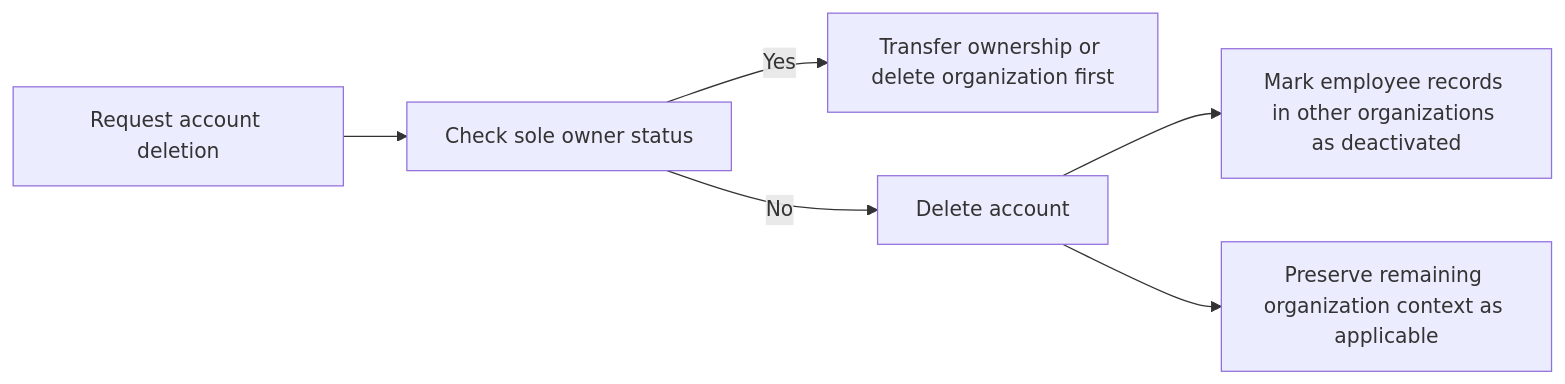
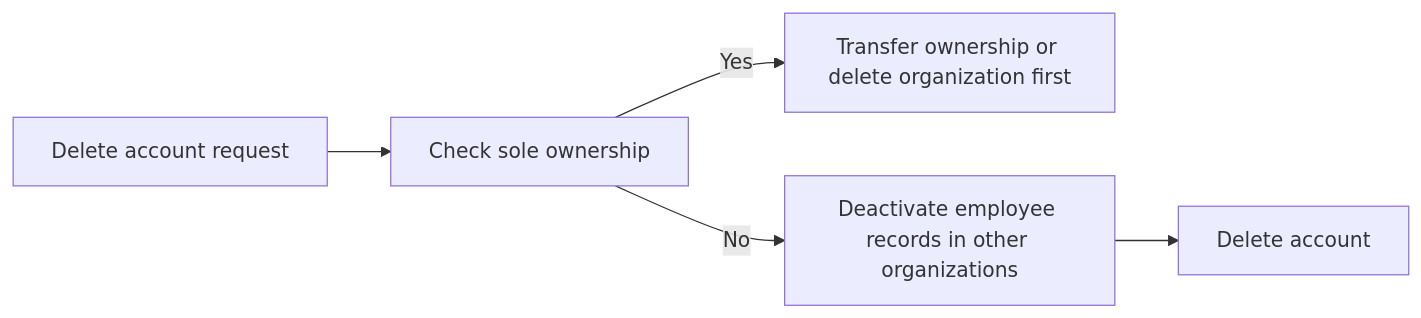
Before and after one commit to wrtnlabs/autobe-examples: the eighth of 9 diagrams in openai/gpt-5.4-mini/erp/docs/analysis/01-actors-and-auth.md, drawn with Mermaid. The commit also changed other lines of this file and 9017 other files, not shown here.

````diff
--- a/openai/gpt-5.4-mini/erp/docs/analysis/01-actors-and-auth.md
+++ b/openai/gpt-5.4-mini/erp/docs/analysis/01-actors-and-auth.md
@@ -255,8 +286,7 @@
 ```mermaid
 flowchart LR
-    A["Request account deletion"] --> B["Check sole owner status"]
+    A["Delete account request"] --> B["Check sole ownership"]
     B -->|"Yes"| C["Transfer ownership or delete organization first"]
-    B -->|"No"| D["Delete account"]
-    D --> E["Mark employee records in other organizations as deactivated"]
-    D --> F["Preserve remaining organization context as applicable"]
+    B -->|"No"| D["Deactivate employee records in other organizations"]
+    D --> E["Delete account"]
 ```
````
